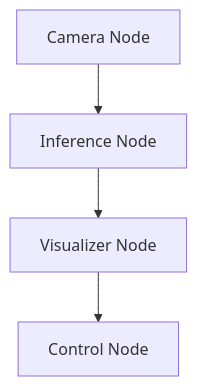
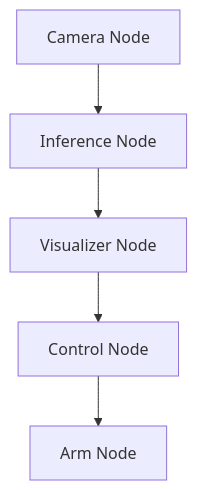
The diagram in README.md (wayneballard/Drobage), drawn with Mermaid before and after one commit. The commit also changed other lines of this file, not shown here.

````diff
--- a/README.md
+++ b/README.md
@@ -49,7 +49,8 @@
 ```mermaid
 graph TD
     A[Camera Node] --> B[Inference Node]
     B --> C[Visualizer Node]
     C --> D[Control Node]
+    D --> E[Arm Node]
 
 ```
````
